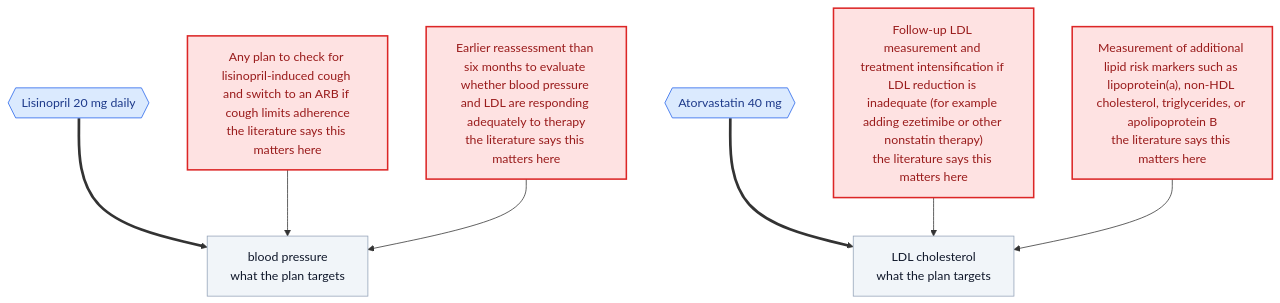
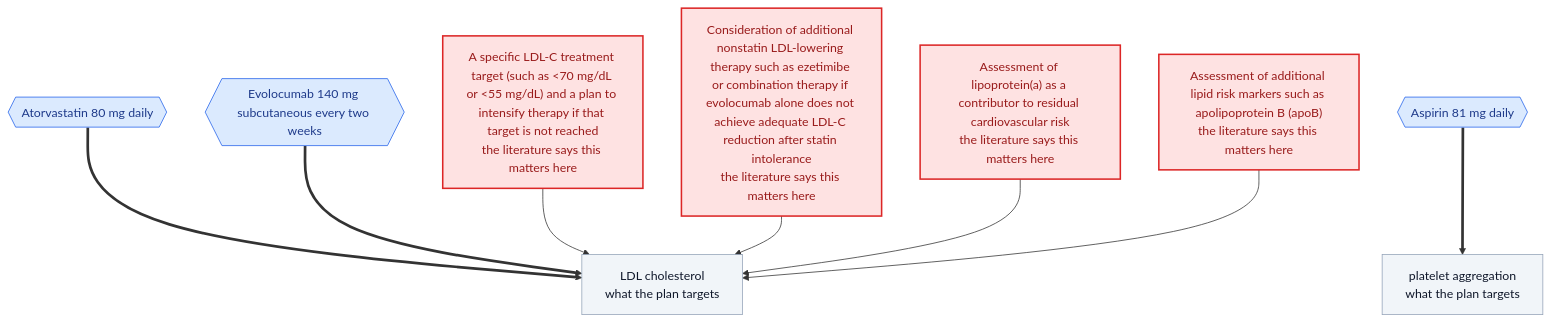
Before and after one commit to borisdev/nobsmed-api-example: the diagram in sample_diagram.mmd, drawn with Mermaid. The commit also changed 3 other files, not shown here.

```diff
--- a/sample_diagram.mmd
+++ b/sample_diagram.mmd
@@ -1,27 +1,23 @@
 flowchart TD
-  out_blood_pressure["blood pressure
-what the plan targets"]
-  out_ldl_cholesterol["LDL cholesterol
-what the plan targets"]
-  gap_any_plan_to_check["Any plan to check for lisinopril-induced cough and switch to an ARB if cough limits adherence
-the literature says this matters here"]
-  gap_followup_ldl_meas["Follow-up LDL measurement and treatment intensification if LDL reduction is inadequate (for example adding ezetimibe or other nonstatin therapy)
-the literature says this matters here"]
-  gap_measurement_of_add["Measurement of additional lipid risk markers such as lipoprotein(a), non-HDL cholesterol, triglycerides, or apolipoprotein B
-the literature says this matters here"]
-  gap_earlier_reassessme["Earlier reassessment than six months to evaluate whether blood pressure and LDL are responding adequately to therapy
-the literature says this matters here"]
-  do_lisinopril{{"Lisinopril 20 mg daily"}}
-  do_atorvastatin{{"Atorvastatin 40 mg"}}
-  do_lisinopril ==> out_blood_pressure
+  out_ldl_cholesterol["LDL cholesterol<br/>what the plan targets"]
+  out_platelet_aggregati["platelet aggregation<br/>what the plan targets"]
+  gap_a_specific_ldlc_t["A specific LDL-C treatment target (such as <70 mg/dL or <55 mg/dL) and a plan to intensify therapy if that target is not reached<br/>the literature says this matters here"]
+  gap_consideration_of_a["Consideration of additional nonstatin LDL-lowering therapy such as ezetimibe or combination therapy if evolocumab alone does not achieve adequate LDL-C reduction after statin intolerance<br/>the literature says this matters here"]
+  gap_assessment_of_lipo["Assessment of lipoprotein(a) as a contributor to residual cardiovascular risk<br/>the literature says this matters here"]
+  gap_assessment_of_addi["Assessment of additional lipid risk markers such as apolipoprotein B (apoB)<br/>the literature says this matters here"]
+  do_atorvastatin{{"Atorvastatin 80 mg daily"}}
+  do_evolocumab{{"Evolocumab 140 mg subcutaneous every two weeks"}}
+  do_aspirin{{"Aspirin 81 mg daily"}}
   do_atorvastatin ==> out_ldl_cholesterol
-  gap_any_plan_to_check --> out_blood_pressure
-  gap_followup_ldl_meas --> out_ldl_cholesterol
-  gap_measurement_of_add --> out_ldl_cholesterol
-  gap_earlier_reassessme --> out_blood_pressure
+  do_evolocumab ==> out_ldl_cholesterol
+  do_aspirin ==> out_platelet_aggregati
+  gap_a_specific_ldlc_t --> out_ldl_cholesterol
+  gap_consideration_of_a --> out_ldl_cholesterol
+  gap_assessment_of_lipo --> out_ldl_cholesterol
+  gap_assessment_of_addi --> out_ldl_cholesterol
   classDef outcome fill:#f1f5f9,color:#0f172a,stroke:#94a3b8;
   classDef act fill:#dbeafe,color:#1e3a8a,stroke:#2563eb;
   classDef flag fill:#fee2e2,color:#991b1b,stroke:#dc2626,stroke-width:2px;
-  class out_blood_pressure,out_ldl_cholesterol outcome;
-  class do_lisinopril,do_atorvastatin act;
-  class gap_any_plan_to_check,gap_followup_ldl_meas,gap_measurement_of_add,gap_earlier_reassessme flag;
+  class out_ldl_cholesterol,out_platelet_aggregati outcome;
+  class do_atorvastatin,do_evolocumab,do_aspirin act;
+  class gap_a_specific_ldlc_t,gap_consideration_of_a,gap_assessment_of_lipo,gap_assessment_of_addi flag;
```
